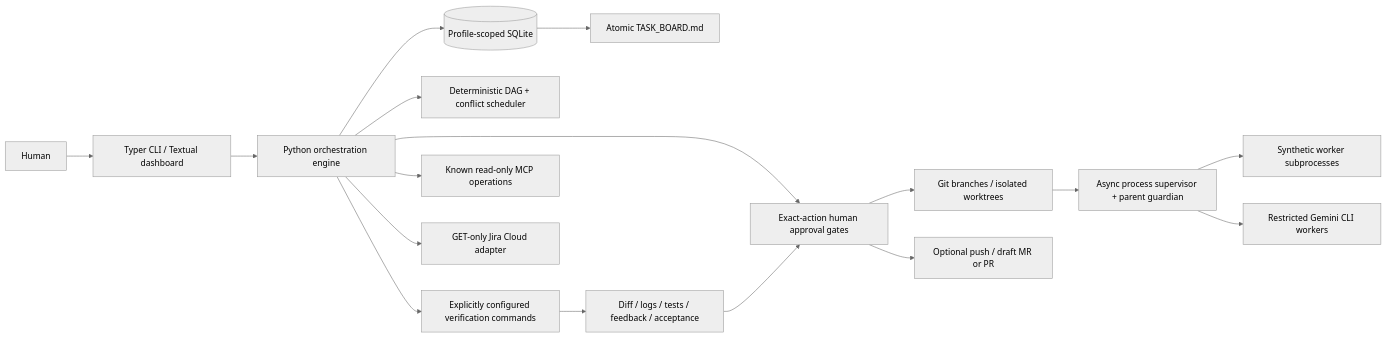
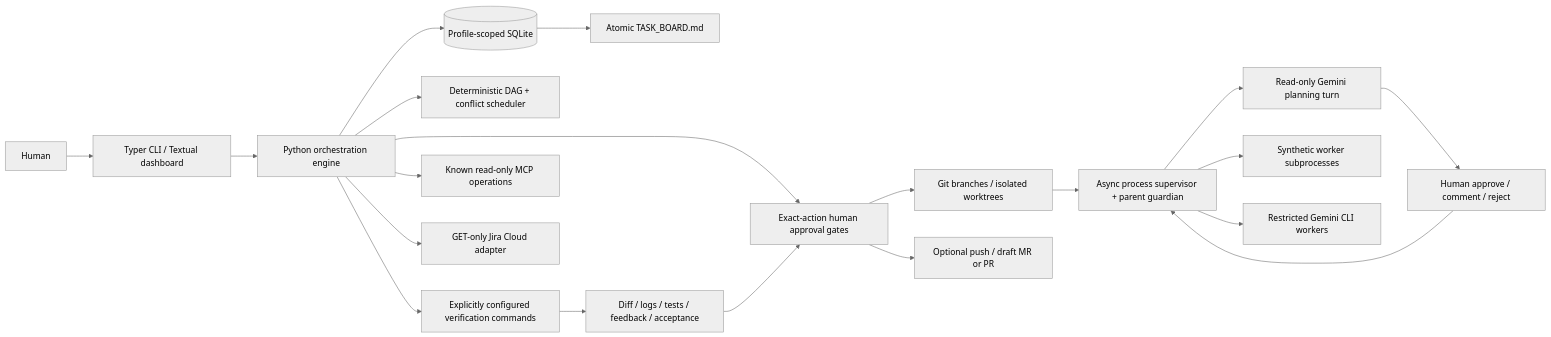
The diagram in docs/architecture.md (bzlatin/gemini-sprint-orchestrator), drawn with Mermaid (neutral theme) before and after one commit. The commit also changed other lines of this file and 22 other files, not shown here.

First line of the commit message:
Plan first, then implement: per-ticket Gemini plan review (0.5.0)

````diff
--- a/docs/architecture.md
+++ b/docs/architecture.md
@@ -3,19 +3,22 @@
 ```mermaid
 flowchart LR
   Human --> CLI[Typer CLI / Textual dashboard]
   CLI --> Engine[Python orchestration engine]
   Engine --> DB[(Profile-scoped SQLite)]
   DB --> Board[Atomic TASK_BOARD.md]
   Engine --> Planner[Deterministic DAG + conflict scheduler]
   Engine --> Gate[Exact-action human approval gates]
   Gate --> Git[Git branches / isolated worktrees]
   Git --> Supervisor[Async process supervisor + parent guardian]
+  Supervisor --> PlanTurn[Read-only Gemini planning turn]
+  PlanTurn --> PlanGate[Human approve / comment / reject]
+  PlanGate --> Supervisor
   Supervisor --> Demo[Synthetic worker subprocesses]
   Supervisor --> Gemini[Restricted Gemini CLI workers]
   Engine --> Verify[Explicitly configured verification commands]
   Verify --> Review[Diff / logs / tests / feedback / acceptance]
   Review --> Gate
   Engine --> MCP[Known read-only MCP operations]
   Engine --> REST[GET-only Jira Cloud adapter]
   Gate --> Hosting[Optional push / draft MR or PR]
 ```
````
